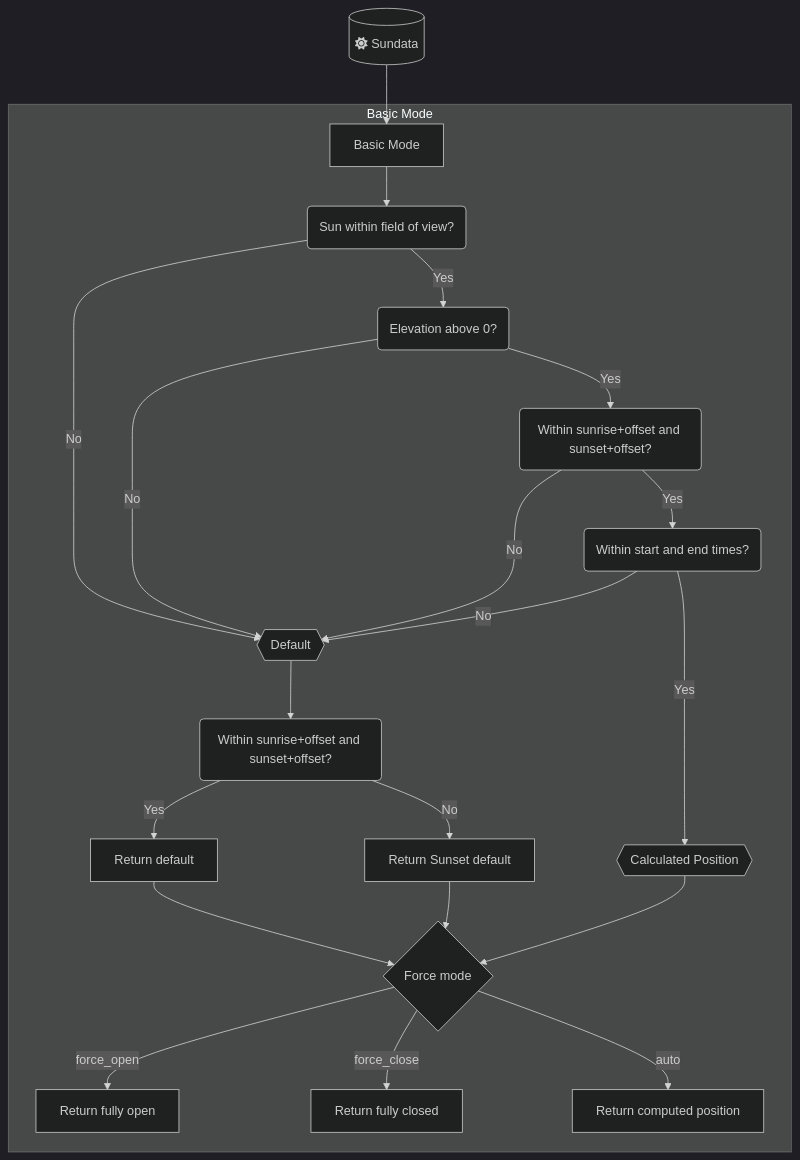
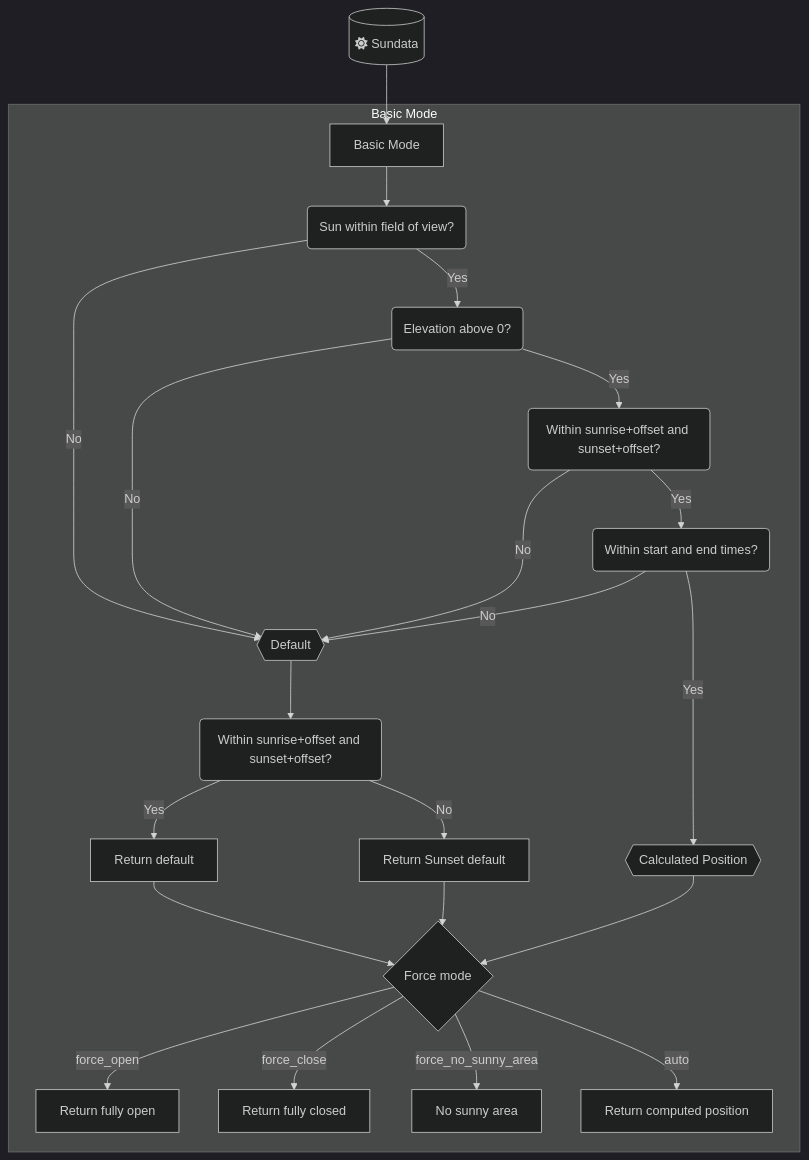
Before and after one commit to travisp/adaptive-cover: the diagram in README.md, drawn with Mermaid (dark theme). The commit also changed other lines of this file and 7 other files, not shown here.

Commit message:
Add no sunny area force mode

````diff
--- a/README.md
+++ b/README.md
@@ -82,29 +82,30 @@
 ```mermaid
   graph TD
 
   A[("fa:fa-sun Sundata")]
   A --> B["Basic Mode"]
   subgraph "Basic Mode"
       B --> BA("Sun within field of view?")
 
       BA --> |No| BC{{Default}}
       BC --> BD("Within sunrise+offset and sunset+offset?")
       BD --> |Yes| BE["Return default"]
       BD --> |No| BF["Return Sunset default"]
 
       BA --> |Yes| BG("Elevation above 0?")
       BG --> |No| BC
       BG --> |Yes| BH("Within sunrise+offset and sunset+offset?")
       BH --> |No| BC
       BH --> |Yes| BI("Within start and end times?")
       BI --> |No| BC
       BI --> |Yes| BJ{{"Calculated Position"}}
 
       BE --> BM{"Force mode"}
       BF --> BM
       BJ --> BM
       BM --> |"force_open"| BN["Return fully open"]
       BM --> |"force_close"| BO["Return fully closed"]
+      BM --> |"force_no_sunny_area"| BQ["No sunny area"]
       BM --> |auto| BP["Return computed position"]
   end
 ```
````
